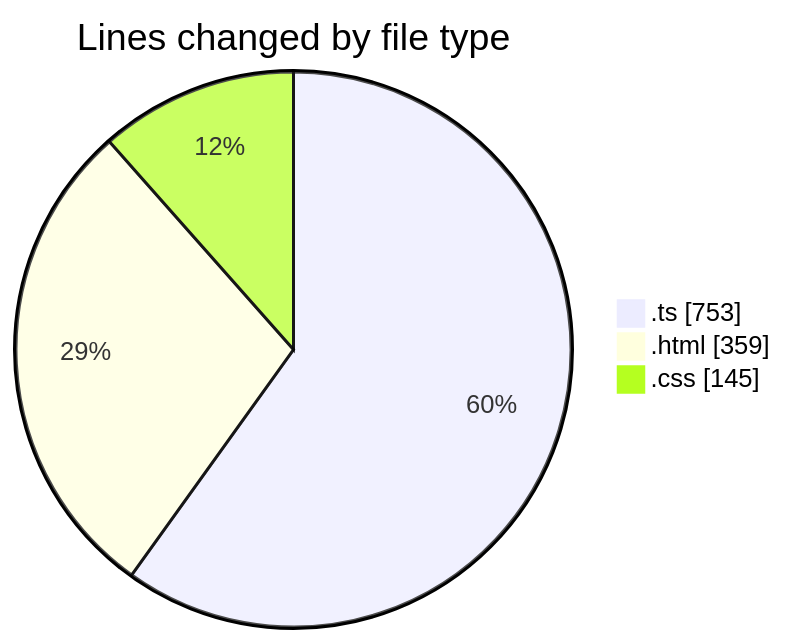
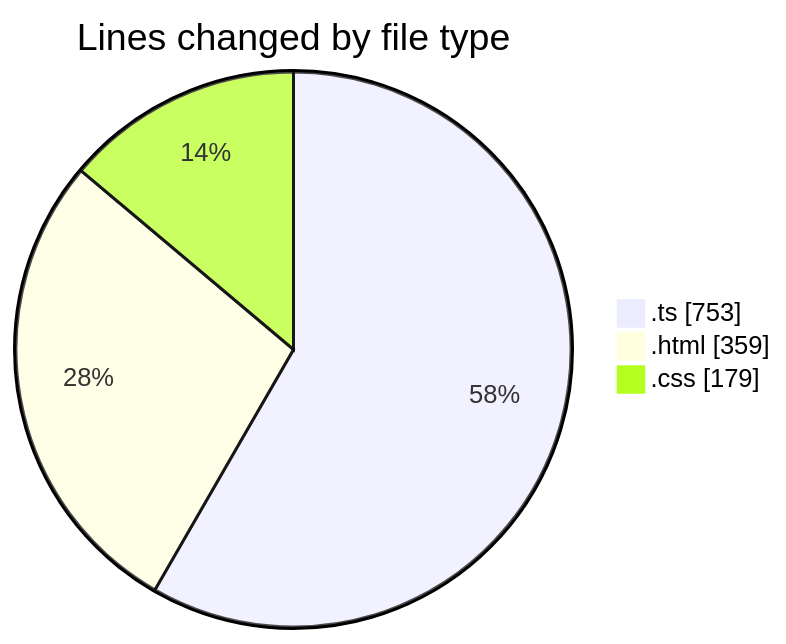
One commit to igalym/code-tracking changed the first of 2 diagrams in 2026-01-05/budget_front_nest/README.md. Above: the diagram before and after it, drawn with Mermaid. The commit also changed other lines of this file and 1 other file, not shown here.

````diff
--- a/2026-01-05/budget_front_nest/README.md
+++ b/2026-01-05/budget_front_nest/README.md
@@ -24,7 +24,7 @@
 ```mermaid
 pie showData
 title Lines changed by file type
 ".ts" : 753
 ".html" : 359
-".css" : 145
+".css" : 179
 ```
````
